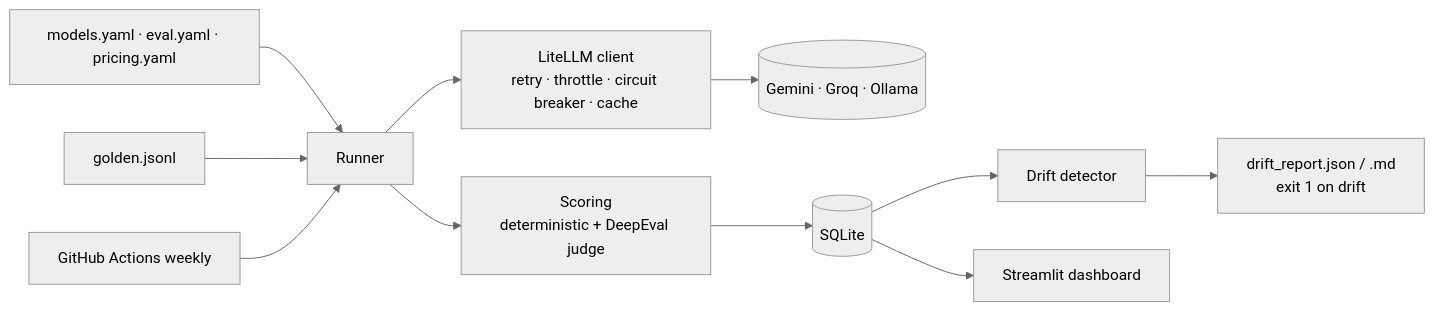
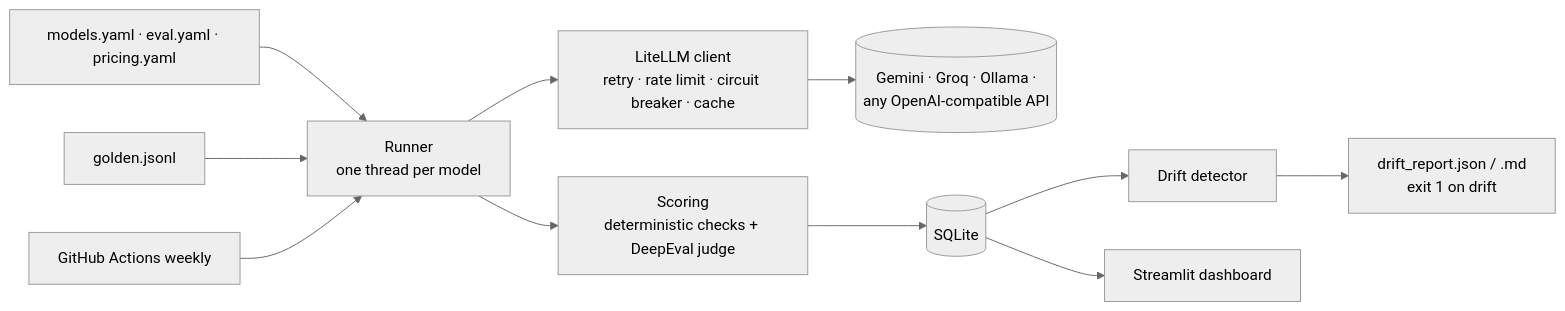
One commit to manojamaravadhi/llm-drift-monitor changed the diagram in README.md. Above: the diagram before and after it, drawn with Mermaid (neutral theme). The commit also changed other lines of this file and 2 other files, not shown here.

First line of the commit message:
Use Groq gpt-oss-120b as the free judge; rewrite README for real runs

````diff
--- a/README.md
+++ b/README.md
@@ -54,12 +83,12 @@
 ```mermaid
 flowchart LR
-  CFG[models.yaml · eval.yaml · pricing.yaml] --> R[Runner]
+  CFG[models.yaml · eval.yaml · pricing.yaml] --> R[Runner<br/>one thread per model]
   G[golden.jsonl] --> R
-  R --> P[LiteLLM client<br/>retry · throttle · circuit breaker · cache]
-  P --> API[(Gemini · Groq · Ollama)]
-  R --> S[Scoring<br/>deterministic + DeepEval judge]
+  R --> P[LiteLLM client<br/>retry · rate limit · circuit breaker · cache]
+  P --> API[(Gemini · Groq · Ollama ·<br/>any OpenAI-compatible API)]
+  R --> S[Scoring<br/>deterministic checks + DeepEval judge]
   S --> DB[(SQLite)]
   DB --> D[Drift detector] --> OUT[drift_report.json / .md<br/>exit 1 on drift]
   DB --> UI[Streamlit dashboard]
   CRON[GitHub Actions weekly] --> R
 ```
````
